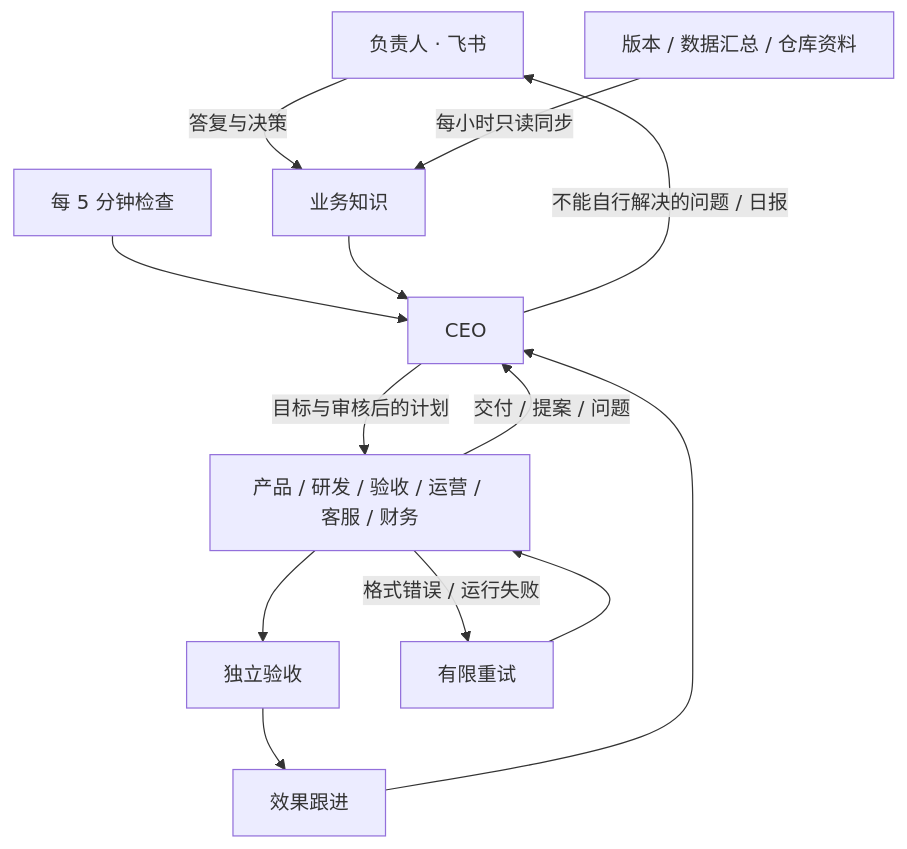
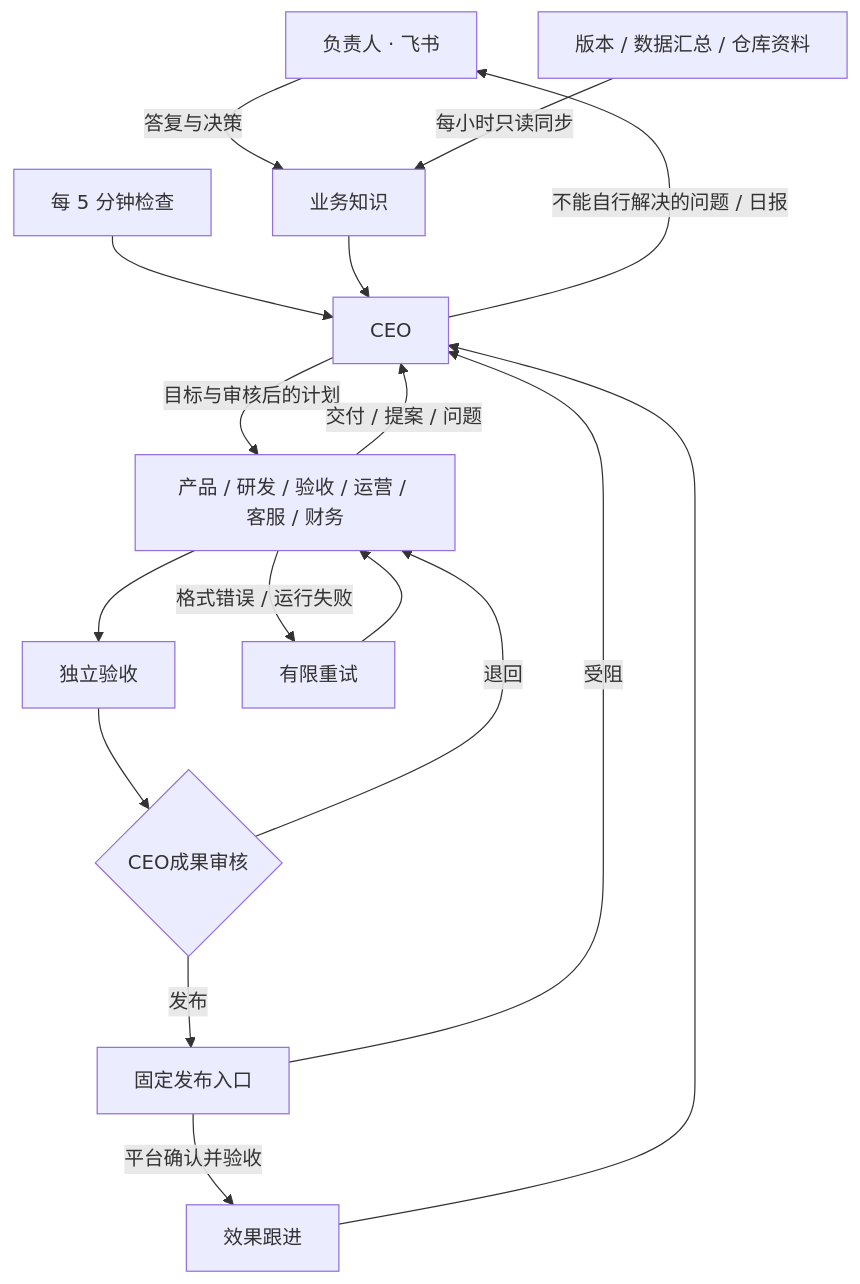
Before and after one commit to fusae/agent-autoloop: the third of 3 diagrams in docs/company.md, drawn with Mermaid. The commit also changed other lines of this file and 18 other files, not shown here.

Commit message:
Route completed company deliverables through CEO review and verified publishing

````diff
--- a/docs/company.md
+++ b/docs/company.md
@@ -148,15 +154,19 @@
 ```mermaid
 flowchart TD
   Owner[负责人 · 飞书] -->|答复与决策| Knowledge[业务知识]
   Sources[版本 / 数据汇总 / 仓库资料] -->|每小时只读同步| Knowledge
   Clock[每 5 分钟检查] --> CEO[CEO]
   Knowledge --> CEO
   CEO -->|目标与审核后的计划| Staff[产品 / 研发 / 验收 / 运营 / 客服 / 财务]
   Staff -->|交付 / 提案 / 问题| CEO
   CEO -->|不能自行解决的问题 / 日报| Owner
   Staff --> QA[独立验收]
-  QA --> Follow[效果跟进]
+  QA --> Review{CEO成果审核}
+  Review -->|退回| Staff
+  Review -->|发布| Publish[固定发布入口]
+  Publish -->|平台确认并验收| Follow[效果跟进]
+  Publish -->|受阻| CEO
   Follow --> CEO
   Staff -->|格式错误 / 运行失败| Repair[有限重试]
   Repair --> Staff
 ```
````
